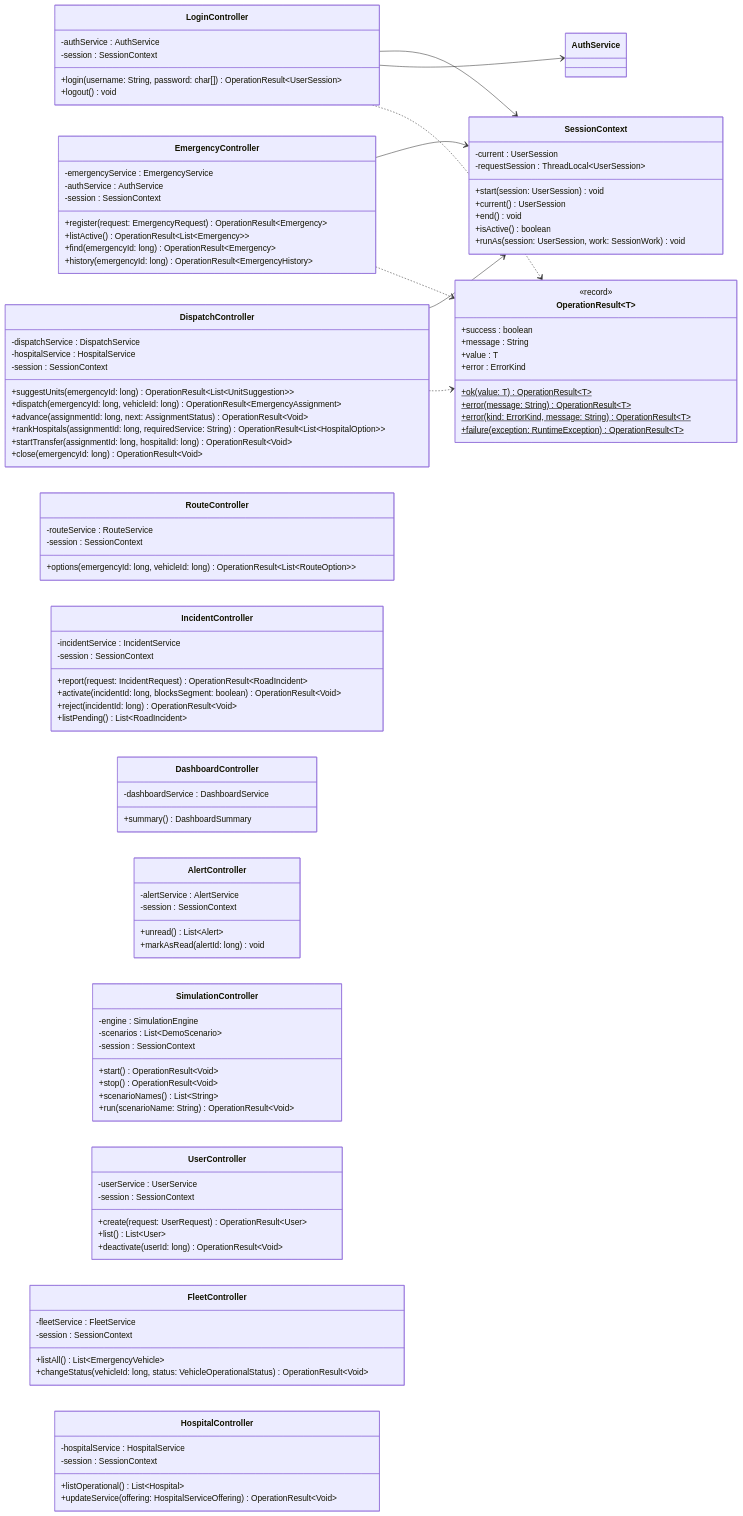
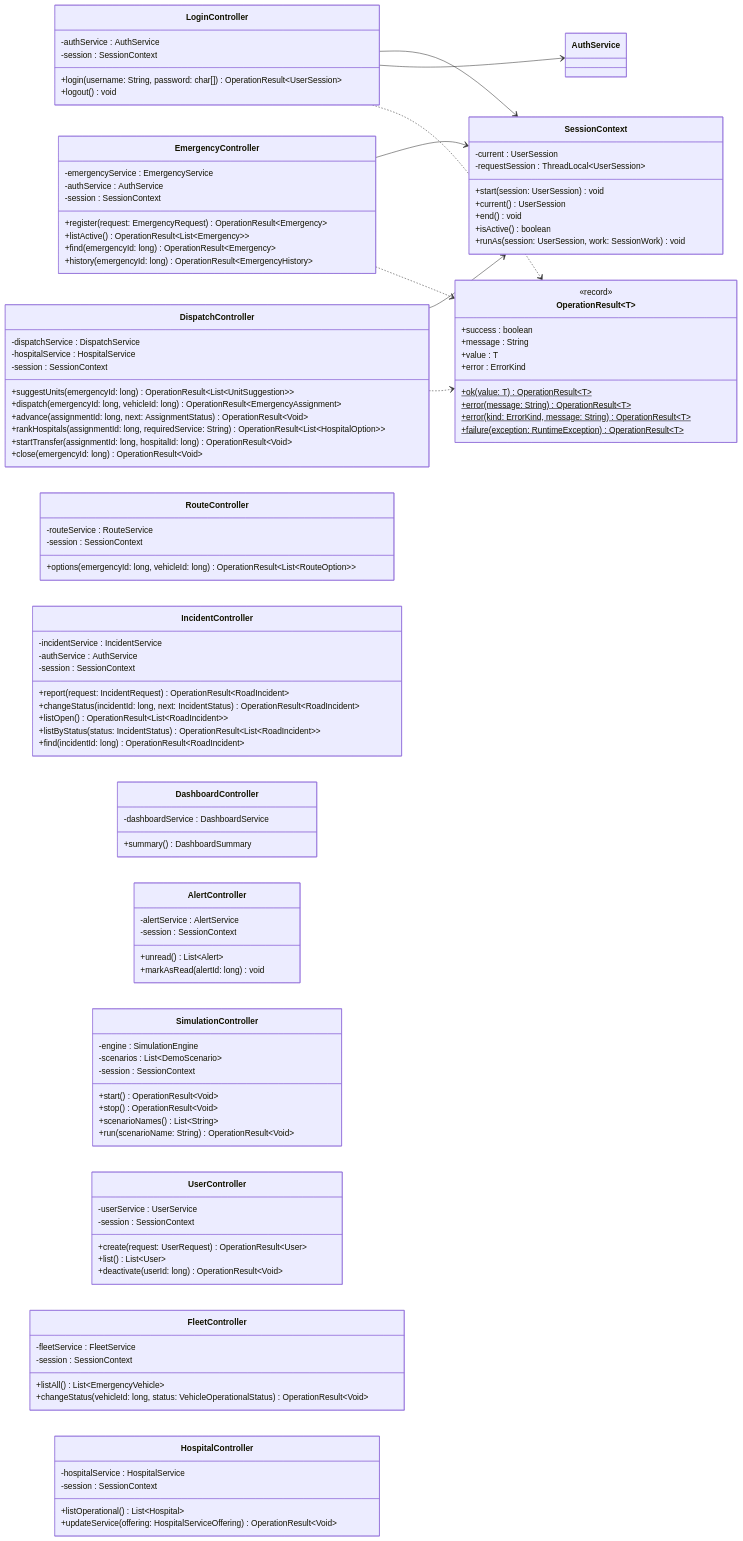
Before and after one commit to afzabaleta/RutaVida: diagram 22 of 24 in docs/class-diagram.md, drawn with Mermaid. The commit also changed other lines of this file, not shown here.

Commit message:
docs: update incident use cases class diagram

```diff
--- a/docs/class-diagram.md
+++ b/docs/class-diagram.md
@@ -1729,14 +1734,18 @@
         -session : SessionContext
         +options(emergencyId: long, vehicleId: long) OperationResult~List~RouteOption~~
     }
-    class IncidentController {
-        -incidentService : IncidentService
-        -session : SessionContext
-        +report(request: IncidentRequest) OperationResult~RoadIncident~
-        +activate(incidentId: long, blocksSegment: boolean) OperationResult~Void~
-        +reject(incidentId: long) OperationResult~Void~
-        +listPending() List~RoadIncident~
-    }
+
+class IncidentController {
+    -incidentService : IncidentService
+    -authService : AuthService
+    -session : SessionContext
+    +report(request: IncidentRequest) OperationResult~RoadIncident~
+    +changeStatus(incidentId: long, next: IncidentStatus) OperationResult~RoadIncident~
+    +listOpen() OperationResult~List~RoadIncident~~
+    +listByStatus(status: IncidentStatus) OperationResult~List~RoadIncident~~
+    +find(incidentId: long) OperationResult~RoadIncident~
+}
+
     class DashboardController {
         -dashboardService : DashboardService
         +summary() DashboardSummary
```
